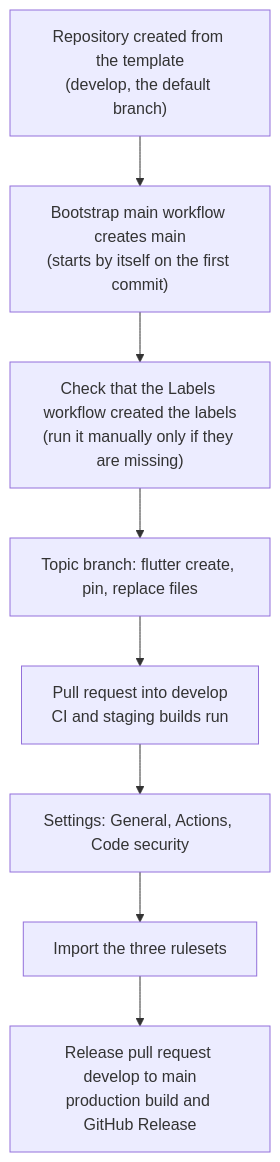
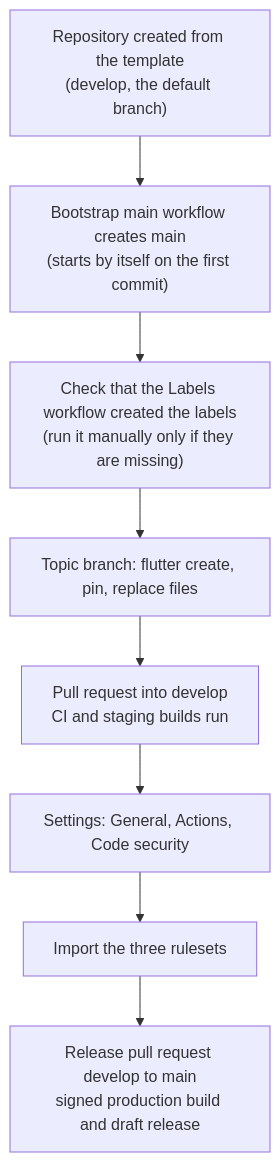
The fourth of 12 diagrams in README.md (alihaidar0/flutter-template), drawn with Mermaid before and after one commit. The commit also changed other lines of this file and 10 other files, not shown here.

````diff
--- a/README.md
+++ b/README.md
@@ -310,10 +319,10 @@
 ```mermaid
 flowchart TD
     B1["Repository created from the template<br/>(develop, the default branch)"] --> B2["Bootstrap main workflow creates main<br/>(starts by itself on the first commit)"]
     B2 --> B6["Check that the Labels workflow created the labels<br/>(run it manually only if they are missing)"]
     B6 --> B3["Topic branch: flutter create, pin, replace files"]
     B3 --> B4["Pull request into develop<br/>CI and staging builds run"]
     B4 --> B5["Settings: General, Actions, Code security"]
     B5 --> B7["Import the three rulesets"]
-    B7 --> B8["Release pull request develop to main<br/>production build and GitHub Release"]
+    B7 --> B8["Release pull request develop to main<br/>signed production build and draft release"]
 ```
````
